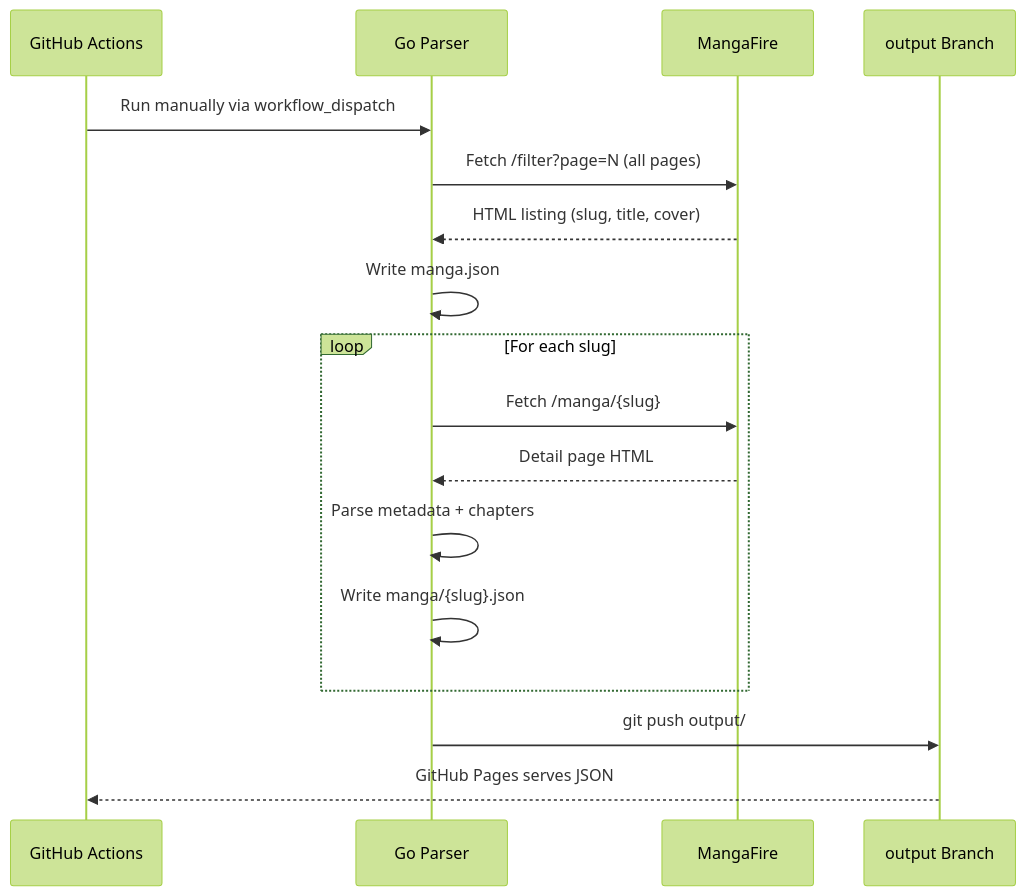
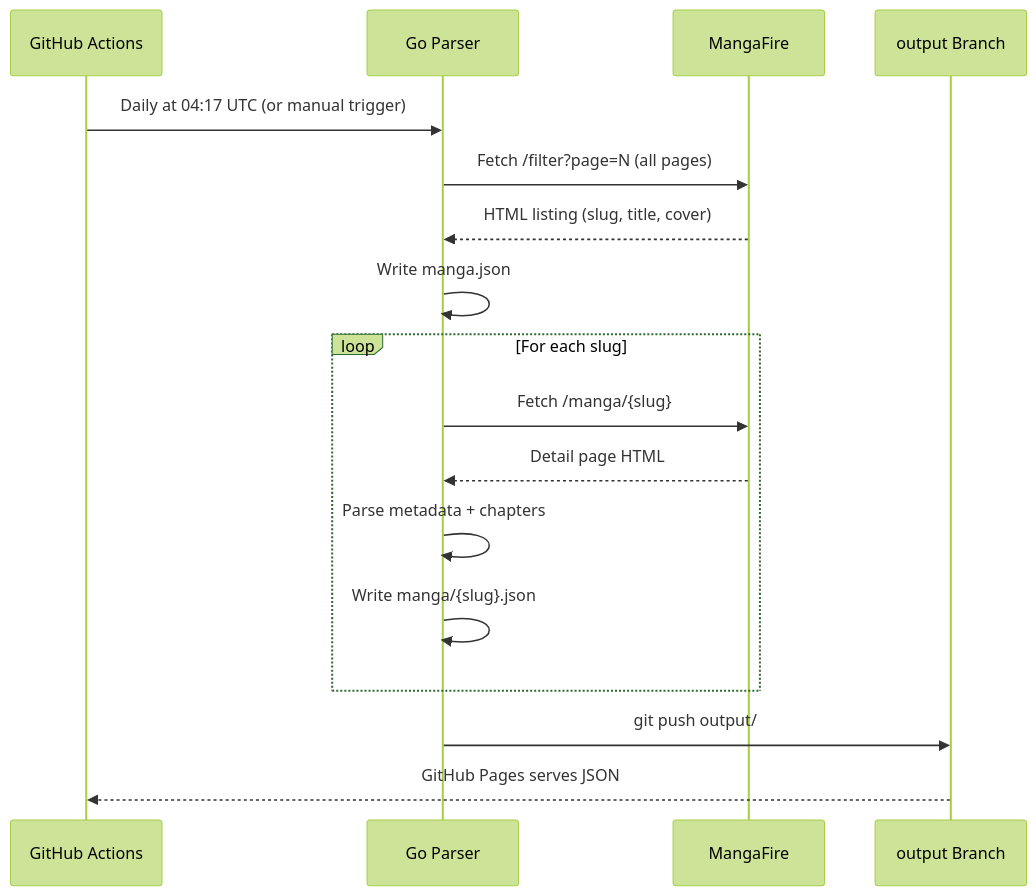
Before and after one commit to Junior1Gamer/Parser-API: the second of 2 diagrams in README.md, drawn with Mermaid (forest theme). The commit also changed other lines of this file and 1 other file, not shown here.

First line of the commit message:
ci: add daily schedule with keepalive; docs: fix README accuracy

````diff
--- a/README.md
+++ b/README.md
@@ -54,22 +56,22 @@
 ```mermaid
 sequenceDiagram
     participant GH as GitHub Actions
     participant P as Go Parser
     participant MF as MangaFire
     participant BP as output Branch
 
-    GH->>P: Run manually via workflow_dispatch
+    GH->>P: Daily at 04:17 UTC (or manual trigger)
     P->>MF: Fetch /filter?page=N (all pages)
     MF-->>P: HTML listing (slug, title, cover)
     P->>P: Write manga.json
 
     loop For each slug
         P->>MF: Fetch /manga/{slug}
         MF-->>P: Detail page HTML
         P->>P: Parse metadata + chapters
         P->>P: Write manga/{slug}.json
     end
 
     P->>BP: git push output/
     BP-->>GH: GitHub Pages serves JSON
 ```
````
